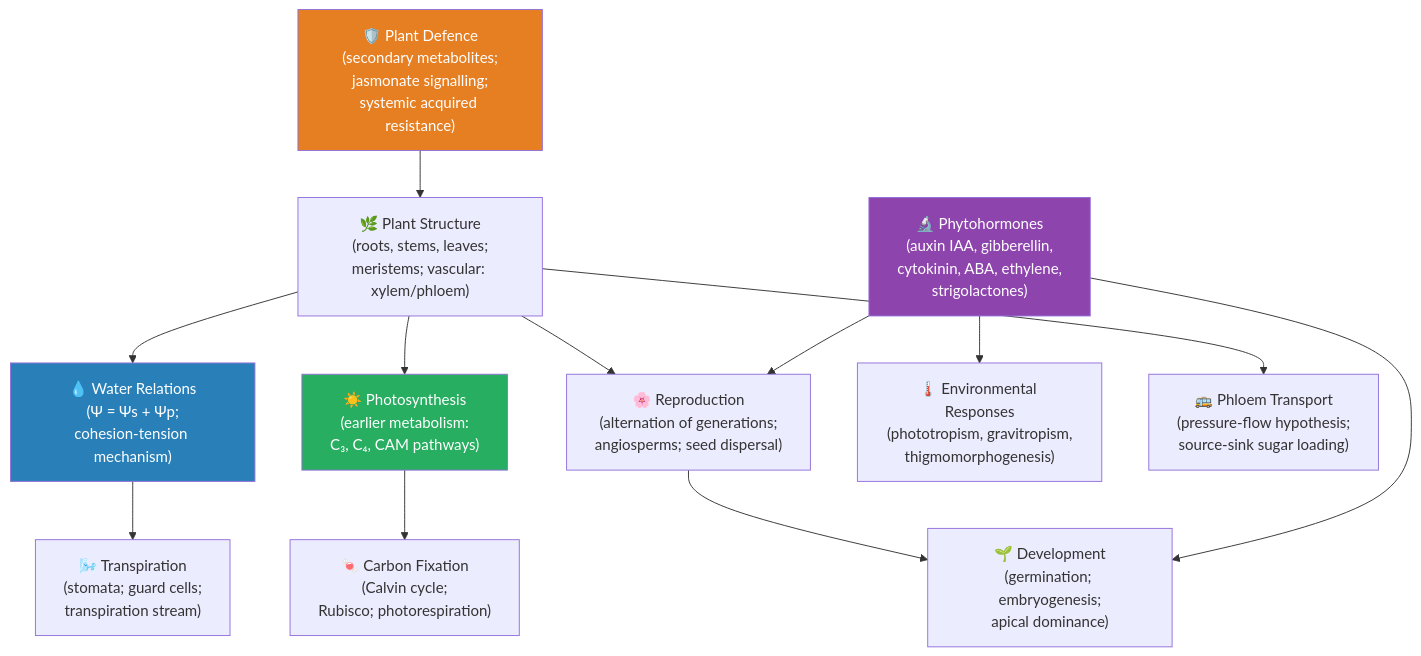
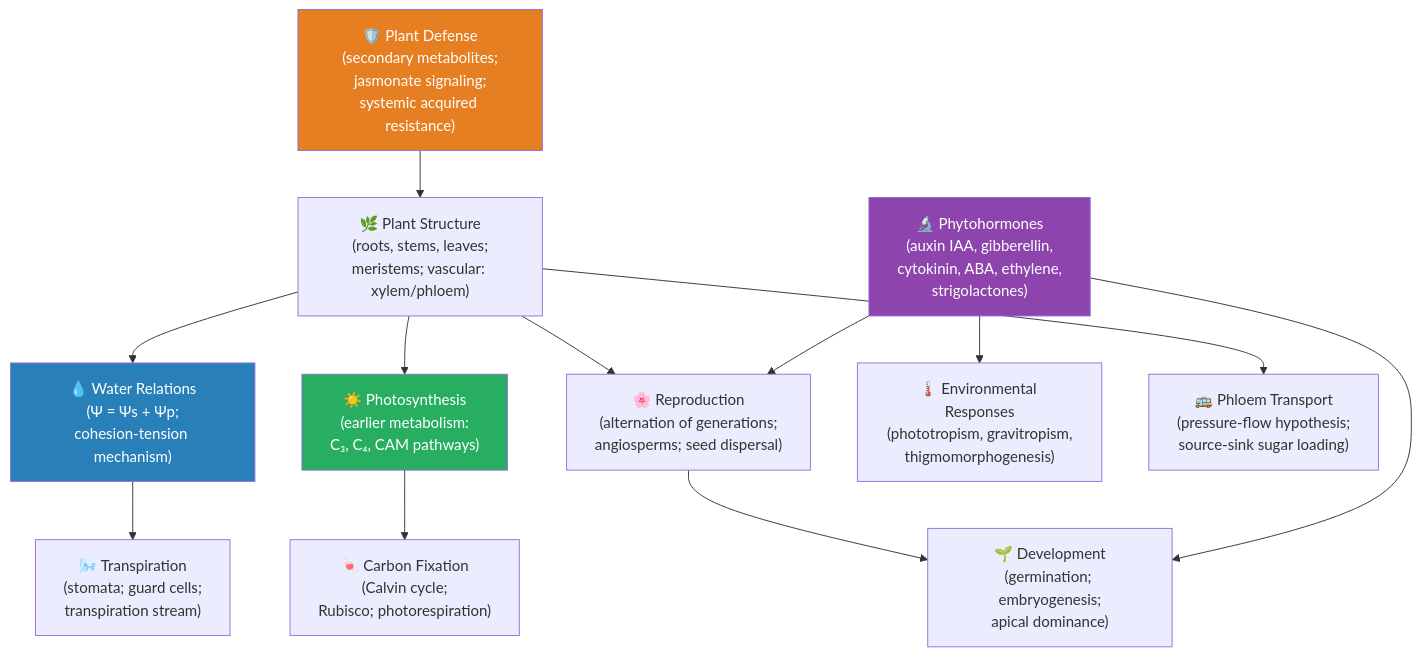
The diagram in manuscript/unit_VIII/unit_intro.md (docxology/biology_textbook), drawn with Mermaid before and after one commit. The commit also changed other lines of this file and 247 other files, not shown here.

````diff
--- a/manuscript/unit_VIII/unit_intro.md
+++ b/manuscript/unit_VIII/unit_intro.md
@@ -47,24 +46,24 @@
 ```mermaid
 graph TD
     STRUC["🌿 Plant Structure<br/>(roots, stems, leaves;<br/>meristems; vascular: xylem/phloem)"] --> WATER["💧 Water Relations<br/>(Ψ = Ψs + Ψp;<br/>cohesion-tension mechanism)"]
     WATER --> TRANS["🌬️ Transpiration<br/>(stomata; guard cells;<br/>transpiration stream)"]
 
     STRUC --> PHOTO["☀️ Photosynthesis<br/>(earlier metabolism:<br/>C₃, C₄, CAM pathways)"]
     PHOTO --> CARB["🍬 Carbon Fixation<br/>(Calvin cycle;<br/>Rubisco; photorespiration)"]
 
     STRUC --> REPRO["🌸 Reproduction<br/>(alternation of generations;<br/>angiosperms; seed dispersal)"]
     REPRO --> DEV["🌱 Development<br/>(germination; embryogenesis;<br/>apical dominance)"]
 
     HORMON["🔬 Phytohormones<br/>(auxin IAA, gibberellin,<br/>cytokinin, ABA, ethylene,<br/>strigolactones)"] --> RESP["🌡️ Environmental Responses<br/>(phototropism, gravitropism,<br/>thigmomorphogenesis)"]
     HORMON --> DEV
     HORMON --> REPRO
 
     STRUC --> PHLOEM["🚌 Phloem Transport<br/>(pressure-flow hypothesis;<br/>source-sink sugar loading)"]
 
-    DEF["🛡️ Plant Defence<br/>(secondary metabolites;<br/>jasmonate signalling;<br/>systemic acquired resistance)"] --> STRUC
+    DEF["🛡️ Plant Defense<br/>(secondary metabolites;<br/>jasmonate signaling;<br/>systemic acquired resistance)"] --> STRUC
 
     style PHOTO fill:#27ae60,color:#fff
     style WATER fill:#2980b9,color:#fff
     style HORMON fill:#8e44ad,color:#fff
     style DEF fill:#e67e22,color:#fff
 ```
````
